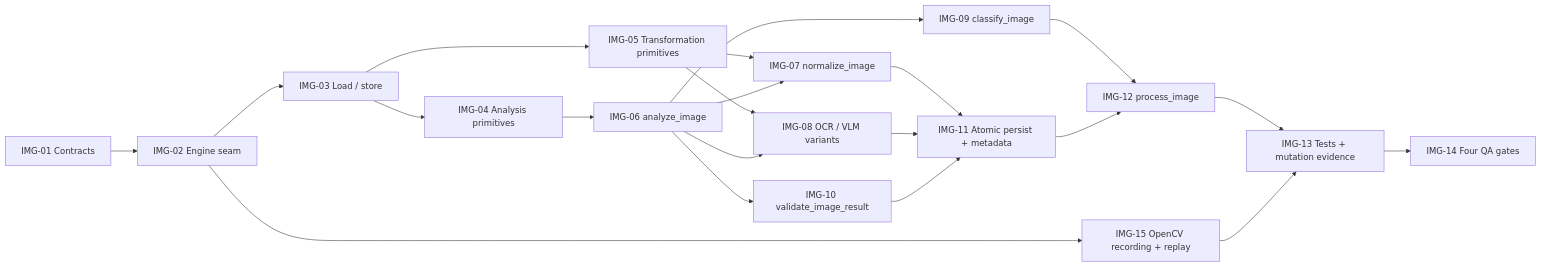
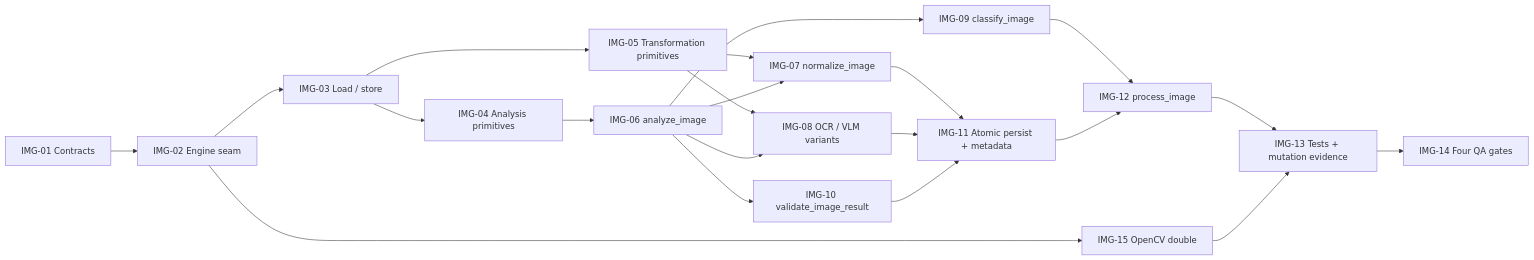
Before and after one commit to mariogarcia-ar/docflow: the diagram in docs/plan/issues/wbs-procesador-image.md, drawn with Mermaid. The commit also changed other lines of this file and 14 other files, not shown here.

````diff
--- a/docs/plan/issues/wbs-procesador-image.md
+++ b/docs/plan/issues/wbs-procesador-image.md
@@ -313,23 +300,23 @@
 ```mermaid
 flowchart LR
     IMG01["IMG-01 Contracts"] --> IMG02["IMG-02 Engine seam"]
     IMG02 --> IMG03["IMG-03 Load / store"]
     IMG03 --> IMG04["IMG-04 Analysis primitives"]
     IMG03 --> IMG05["IMG-05 Transformation primitives"]
     IMG04 --> IMG06["IMG-06 analyze_image"]
     IMG05 --> IMG07["IMG-07 normalize_image"]
     IMG06 --> IMG07
     IMG05 --> IMG08["IMG-08 OCR / VLM variants"]
     IMG06 --> IMG08
     IMG06 --> IMG09["IMG-09 classify_image"]
     IMG06 --> IMG10["IMG-10 validate_image_result"]
     IMG07 --> IMG11["IMG-11 Atomic persist + metadata"]
     IMG08 --> IMG11
     IMG10 --> IMG11
     IMG09 --> IMG12["IMG-12 process_image"]
     IMG11 --> IMG12
     IMG12 --> IMG13["IMG-13 Tests + mutation evidence"]
     IMG13 --> IMG14["IMG-14 Four QA gates"]
-    IMG02 --> IMG15["IMG-15 OpenCV recording + replay"]
+    IMG02 --> IMG15["IMG-15 OpenCV double"]
     IMG15 --> IMG13
 ```
````
